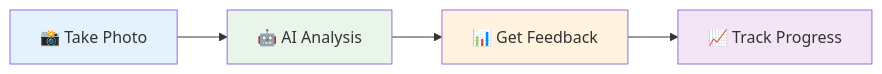
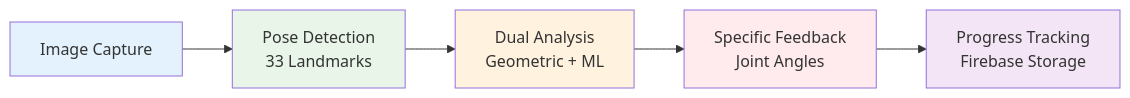
The second of 6 diagrams in PP-italy.md (mgkram4/doc), drawn with Mermaid before and after one commit. The commit also changed other lines of this file, not shown here.

````diff
--- a/PP-italy.md
+++ b/PP-italy.md
@@ -30,11 +32,13 @@
 ```mermaid
 flowchart LR
-    A[📸 Take Photo] --> B[🤖 AI Analysis]
-    B --> C[📊 Get Feedback]
-    C --> D[📈 Track Progress]
+    A[Image Capture] --> B[Pose Detection<br/>33 Landmarks]
+    B --> C[Dual Analysis<br/>Geometric + ML]
+    C --> D[Specific Feedback<br/>Joint Angles]
+    D --> E[Progress Tracking<br/>Firebase Storage]
     
     style A fill:#e3f2fd
     style B fill:#e8f5e8
     style C fill:#fff3e0
-    style D fill:#f3e5f5
+    style D fill:#ffebee
+    style E fill:#f3e5f5
 ```
````
